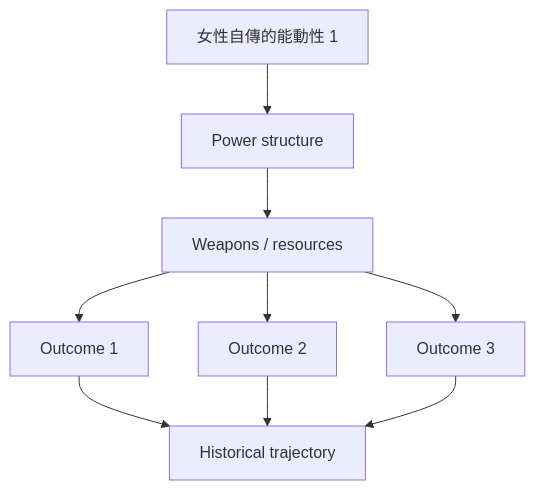
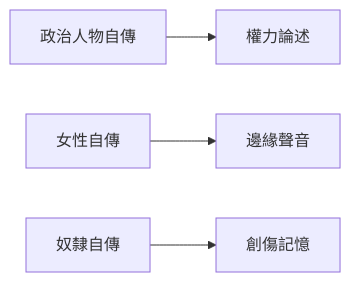
One commit to yip-lgtm/HKU-Harvard-History-Self-Study changed the fourth of 6 diagrams in 01_HKU_Courses/HIST2070_Stories_of_Self.md. Above: the diagram before and after it, drawn with Mermaid. The commit also changed other lines of this file and 48 other files, not shown here.

````diff
--- a/01_HKU_Courses/HIST2070_Stories_of_Self.md
+++ b/01_HKU_Courses/HIST2070_Stories_of_Self.md
@@ -224,11 +141,6 @@
 ```mermaid
-graph TD
-    A[女性自傳的能動性 1] --> B[Power structure]
-    B --> C[Weapons / resources]
-    C --> D[Outcome 1]
-    C --> E[Outcome 2]
-    C --> F[Outcome 3]
-    D --> G[Historical trajectory]
-    E --> G
-    F --> G
+flowchart LR
+    A[政治人物自傳] --> B[權力論述]
+    C[女性自傳] --> D[邊緣聲音]
+    E[奴隸自傳] --> F[創傷記憶]
 ```
````
